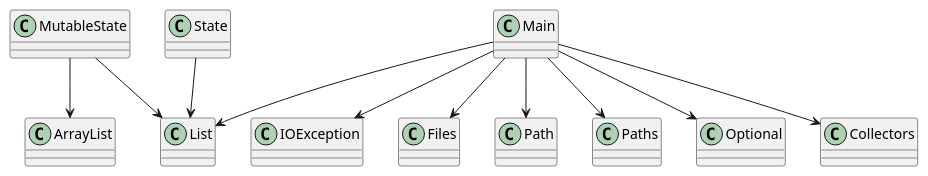
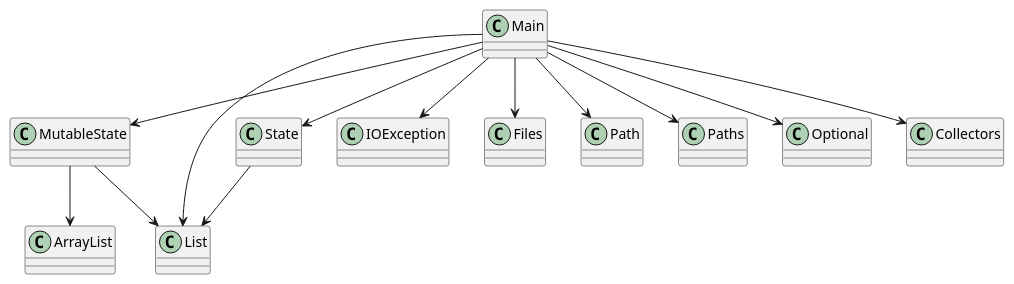
One commit to SirMathhman/Magma changed the diagram in diagram.puml. Above: the diagram before and after it, drawn with PlantUML. The commit also changed 3 other files, not shown here.

```diff
--- a/diagram.puml
+++ b/diagram.puml
@@ -1,15 +1,17 @@
 @startuml
 class MutableState
 MutableState --> ArrayList
 MutableState --> List
 class Main
+Main --> MutableState
+Main --> State
 Main --> IOException
 Main --> Files
 Main --> Path
 Main --> Paths
 Main --> List
 Main --> Optional
 Main --> Collectors
 class State
 State --> List
 @enduml
```
